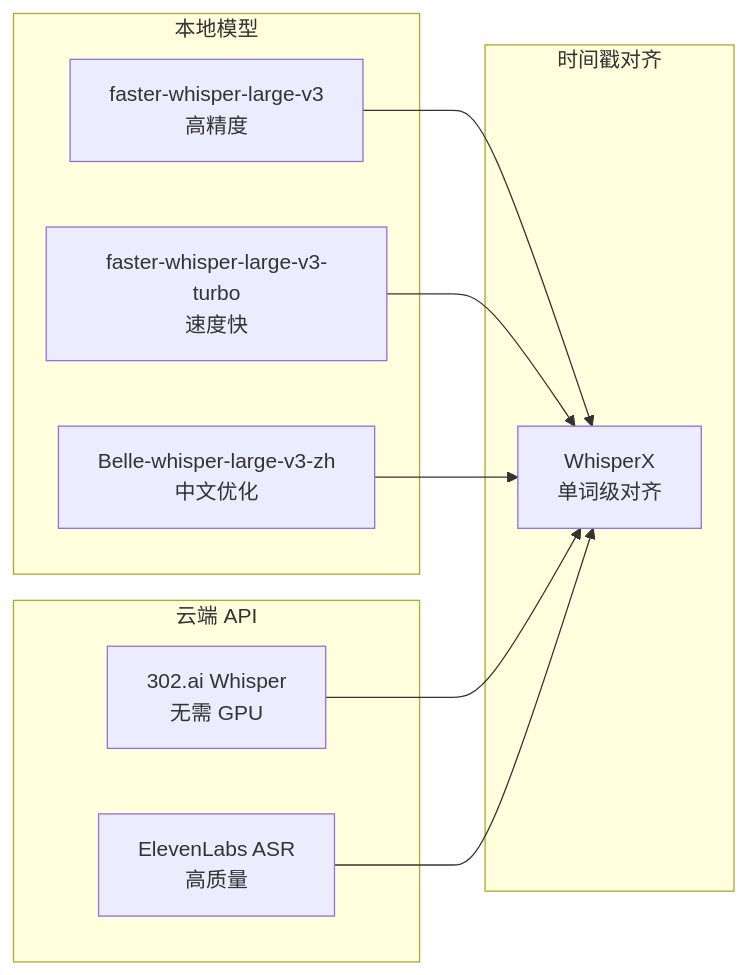
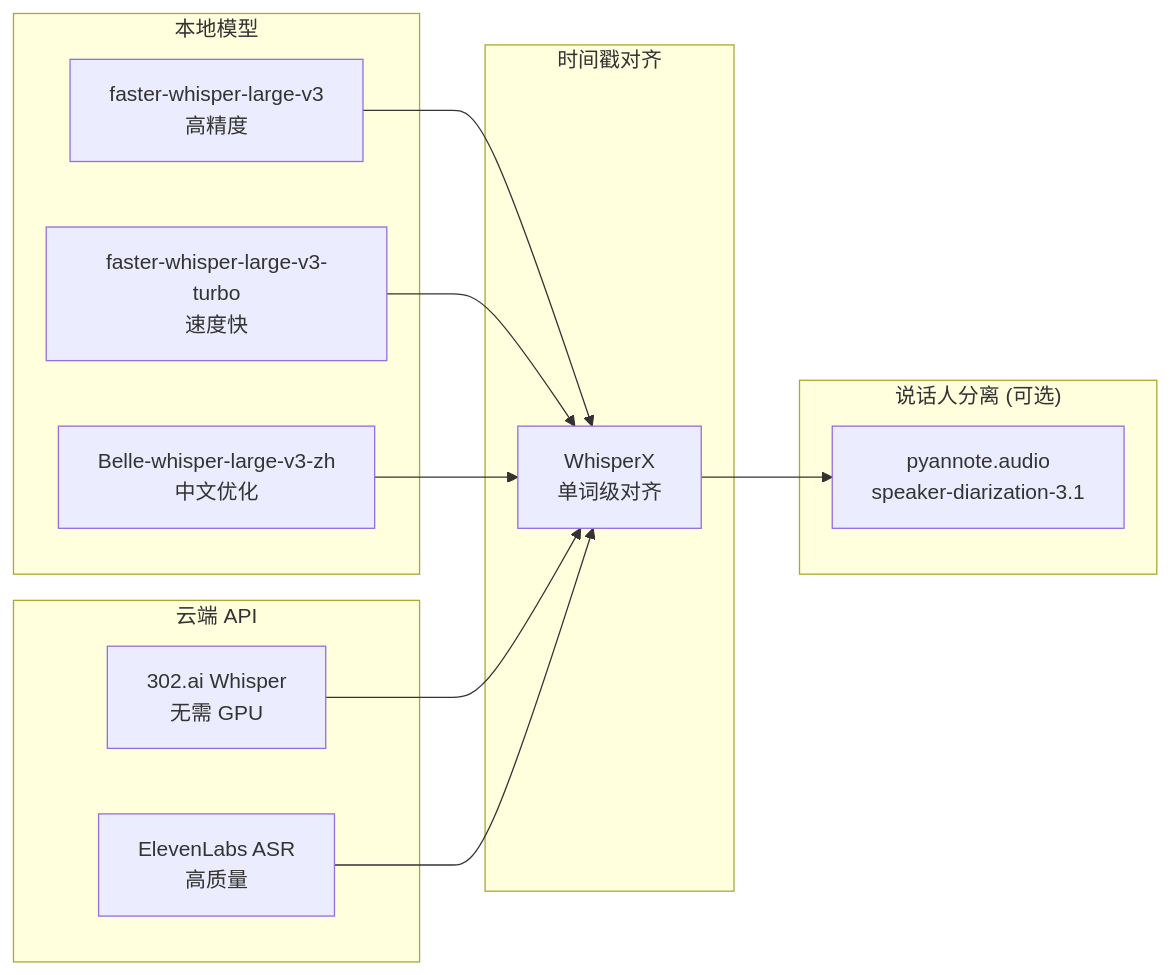
One commit to NuoManDai/VedioAITranslateSub changed diagram 15 of 19 in docs/ARCHITECTURE.md. Above: the diagram before and after it, drawn with Mermaid. The commit also changed other lines of this file and 45 other files, not shown here.

````diff
--- a/docs/ARCHITECTURE.md
+++ b/docs/ARCHITECTURE.md
@@ -542,23 +919,28 @@
 ```mermaid
 graph LR
     subgraph Local["本地模型"]
         A["faster-whisper-large-v3<br/>高精度"]
         B["faster-whisper-large-v3-turbo<br/>速度快"]
         C["Belle-whisper-large-v3-zh<br/>中文优化"]
     end
     
     subgraph Cloud["云端 API"]
         D["302.ai Whisper<br/>无需 GPU"]
         E["ElevenLabs ASR<br/>高质量"]
     end
     
     subgraph Alignment["时间戳对齐"]
         F["WhisperX<br/>单词级对齐"]
     end
     
+    subgraph Diarization["说话人分离 (可选)"]
+        G["pyannote.audio<br/>speaker-diarization-3.1"]
+    end
+    
     A --> F
     B --> F
     C --> F
     D --> F
     E --> F
+    F --> G
 ```
````
